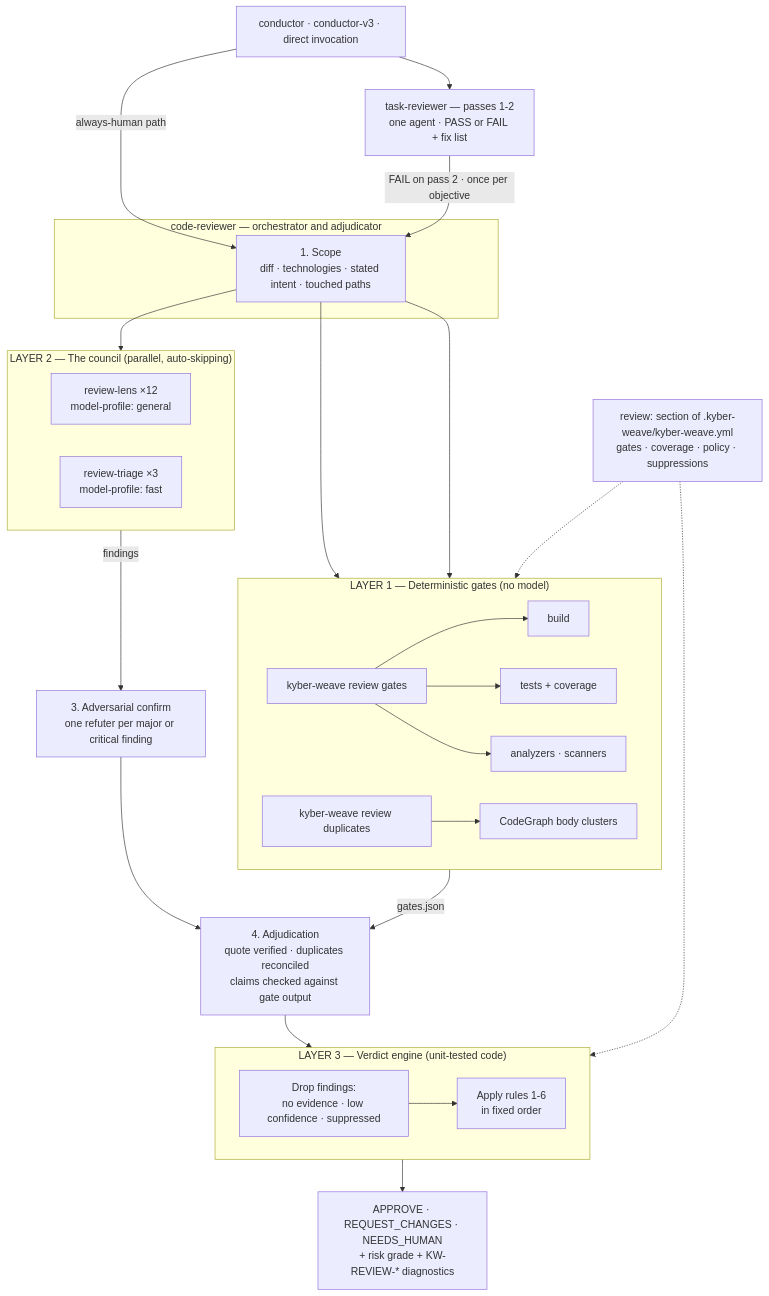
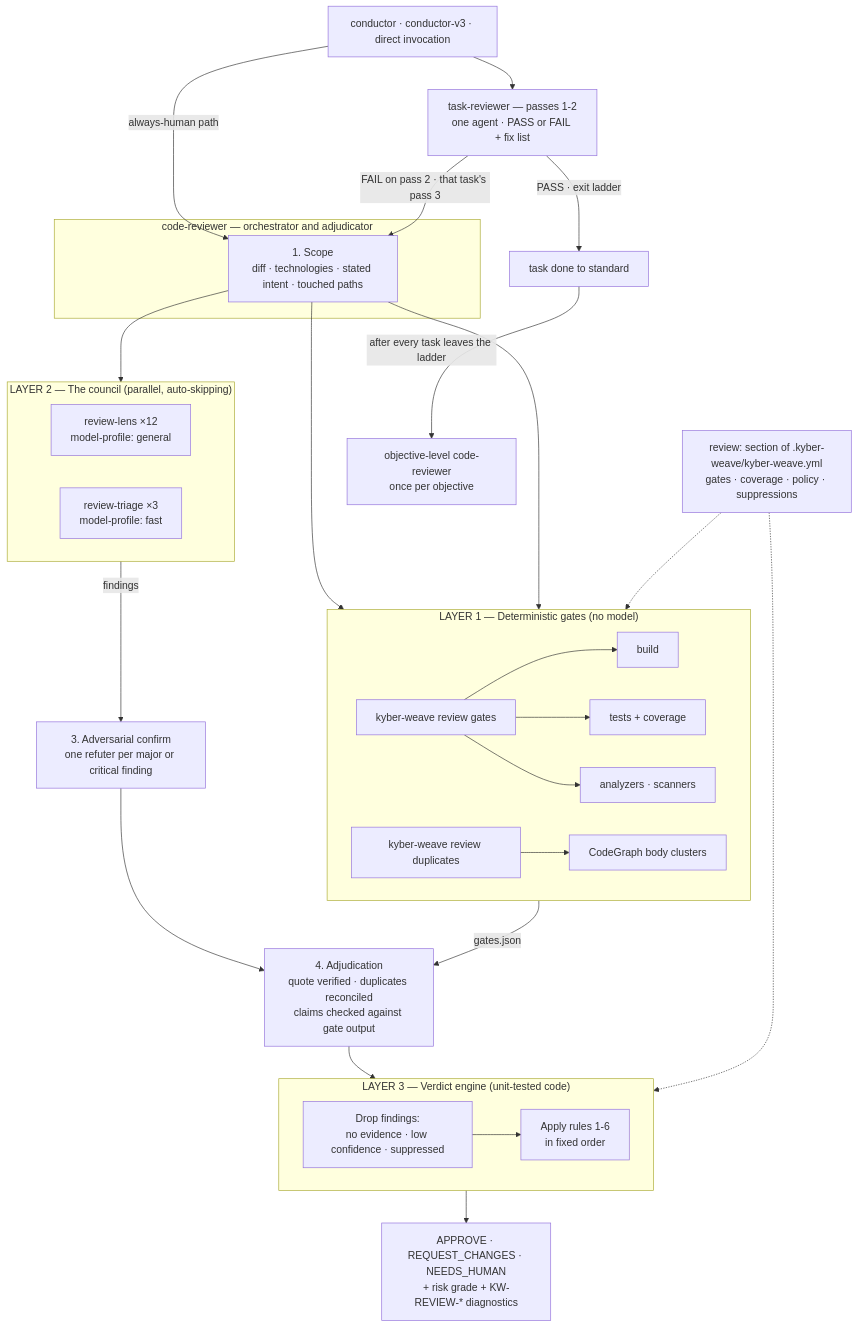
One commit to dpalfery/kyber-weave changed the first of 4 diagrams in docs/code-review/architecture.md. Above: the diagram before and after it, drawn with Mermaid. The commit also changed other lines of this file and 13 other files, not shown here.

Commit message:
fix(squad): address round-2 CodeRabbit findings on task-reviewer

````diff
--- a/docs/code-review/architecture.md
+++ b/docs/code-review/architecture.md
@@ -40,44 +40,46 @@
 ```mermaid
 flowchart TD
     Cfg["review: section of .kyber-weave/kyber-weave.yml<br/>gates · coverage · policy · suppressions"]
     Caller["conductor · conductor-v3 · direct invocation"] --> Ladder
     Caller -->|"always-human path"| Scope
     Ladder["task-reviewer — passes 1-2<br/>one agent · PASS or FAIL + fix list"]
-    Ladder -->|"FAIL on pass 2 · once per objective"| Scope
+    Ladder -->|"PASS · exit ladder"| TaskDone["task done to standard"]
+    Ladder -->|"FAIL on pass 2 · that task's pass 3"| Scope
+    TaskDone -->|"after every task leaves the ladder"| ObjReview["objective-level code-reviewer<br/>once per objective"]
 
     subgraph CR["code-reviewer — orchestrator and adjudicator"]
         Scope["1. Scope<br/>diff · technologies · stated intent · touched paths"]
     end
 
     Scope --> GR
     Scope --> DG
     Scope --> Council
 
     subgraph Gates["LAYER 1 — Deterministic gates (no model)"]
         direction LR
         GR["kyber-weave review gates"] --> G1["build"] & G2["tests + coverage"] & G3["analyzers · scanners"]
         DG["kyber-weave review duplicates"] --> G4["CodeGraph body clusters"]
     end
 
     subgraph Council["LAYER 2 — The council (parallel, auto-skipping)"]
         direction LR
         RL["review-lens ×12<br/>model-profile: general"]
         RT["review-triage ×3<br/>model-profile: fast"]
     end
 
     Council -->|"findings"| Confirm["3. Adversarial confirm<br/>one refuter per major or critical finding"]
     Confirm --> Adjudicate
     Gates -->|"gates.json"| Adjudicate
 
     Adjudicate["4. Adjudication<br/>quote verified · duplicates reconciled<br/>claims checked against gate output"] --> VE
 
     subgraph VE["LAYER 3 — Verdict engine (unit-tested code)"]
         direction LR
         Drop["Drop findings:<br/>no evidence · low confidence · suppressed"] --> Rules["Apply rules 1-6<br/>in fixed order"]
     end
 
     VE --> Out["APPROVE · REQUEST_CHANGES · NEEDS_HUMAN<br/>+ risk grade + KW-REVIEW-* diagnostics"]
 
     Cfg -.-> Gates
     Cfg -.-> VE
 ```
````
